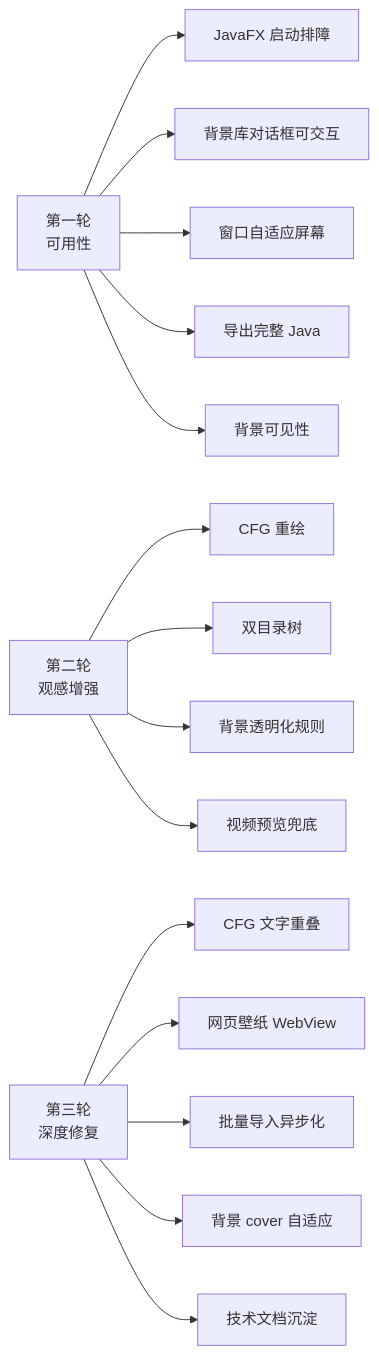
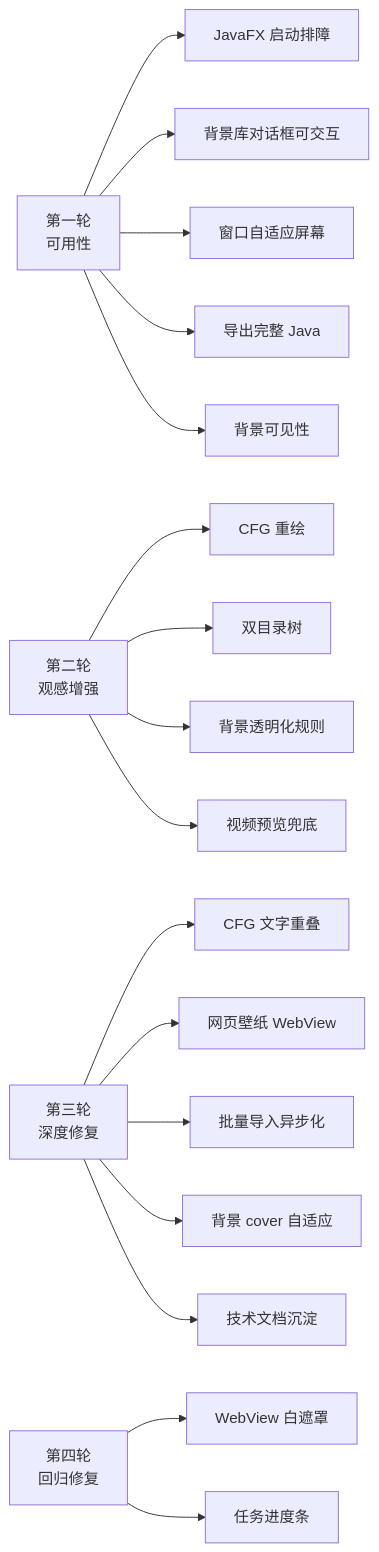
Before and after one commit to zhu1j/aether-decompiler: the second of 3 diagrams in doc/README.md, drawn with Mermaid. The commit also changed other lines of this file and 3 other files, not shown here.

Commit message:
fix(gui): remove WebView white veil regression and give tasks a real progress bar; docs: add regressions 11-12

````diff
--- a/doc/README.md
+++ b/doc/README.md
@@ -55,17 +60,19 @@
 ```mermaid
 graph LR
     A[第一轮<br/>可用性] --> A1[JavaFX 启动排障]
     A --> A2[背景库对话框可交互]
     A --> A3[窗口自适应屏幕]
     A --> A4[导出完整 Java]
     A --> A5[背景可见性]
     B[第二轮<br/>观感增强] --> B1[CFG 重绘]
     B --> B2[双目录树]
     B --> B3[背景透明化规则]
     B --> B4[视频预览兜底]
     C[第三轮<br/>深度修复] --> C1[CFG 文字重叠]
     C --> C2[网页壁纸 WebView]
     C --> C3[批量导入异步化]
     C --> C4[背景 cover 自适应]
     C --> C5[技术文档沉淀]
+    D[第四轮<br/>回归修复] --> D1[WebView 白遮罩]
+    D --> D2[任务进度条]
 ```
````
